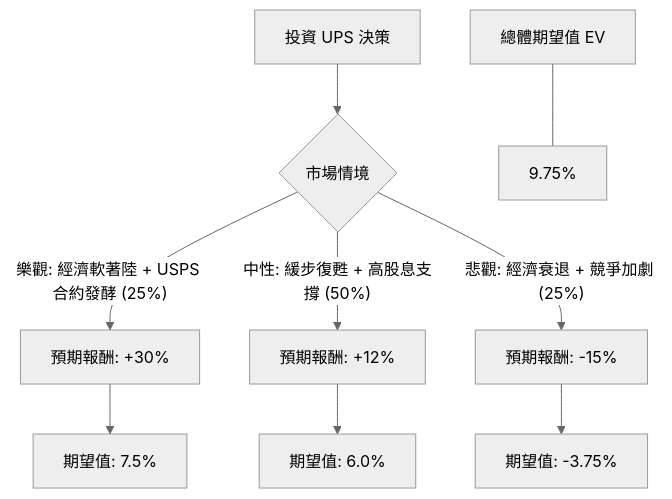
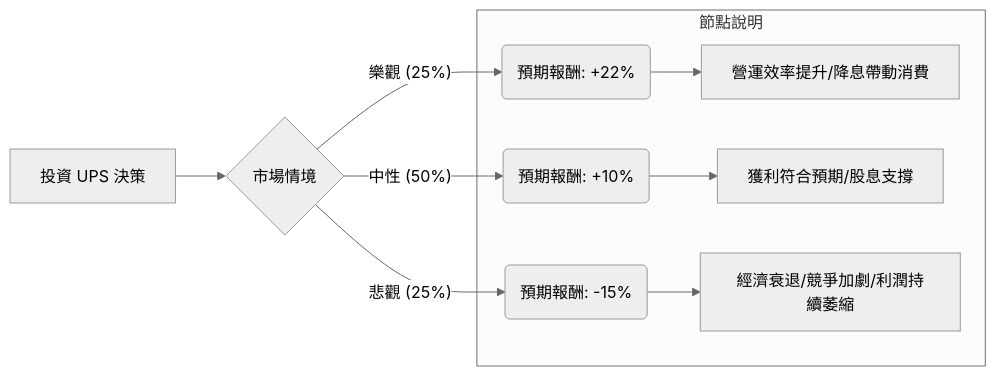
The diagram in plugin-react/ai-analysis/ev-analysis/UPS.md (zmcx16/zmcx16.github.io), drawn with Mermaid (neutral theme) before and after one commit. The commit also changed other lines of this file and 81 other files, not shown here.

````diff
--- a/plugin-react/ai-analysis/ev-analysis/UPS.md
+++ b/plugin-react/ai-analysis/ev-analysis/UPS.md
@@ -20,14 +19,14 @@
 ```mermaid
-graph TD
+graph LR
     A[投資 UPS 決策] --> B{市場情境}
     
-    B -- 樂觀: 經濟軟著陸 + USPS 合約發酵 (25%) --> C[預期報酬: +30%]
-    B -- 中性: 緩步復甦 + 高股息支撐 (50%) --> D[預期報酬: +12%]
-    B -- 悲觀: 經濟衰退 + 競爭加劇 (25%) --> E[預期報酬: -15%]
+    B -- 樂觀 (25%) --> C(預期報酬: +22%)
+    B -- 中性 (50%) --> D(預期報酬: +10%)
+    B -- 悲觀 (25%) --> E(預期報酬: -15%)
 
-    C --> F[期望值: 7.5%]
-    D --> G[期望值: 6.0%]
-    E --> H[期望值: -3.75%]
-    
-    I[總體期望值 EV] --- J[9.75%]
+    subgraph 節點說明
+    C --> C1[營運效率提升/降息帶動消費]
+    D --> D1[獲利符合預期/股息支撐]
+    E --> E1[經濟衰退/競爭加劇/利潤持續萎縮]
+    end
 ```
````
